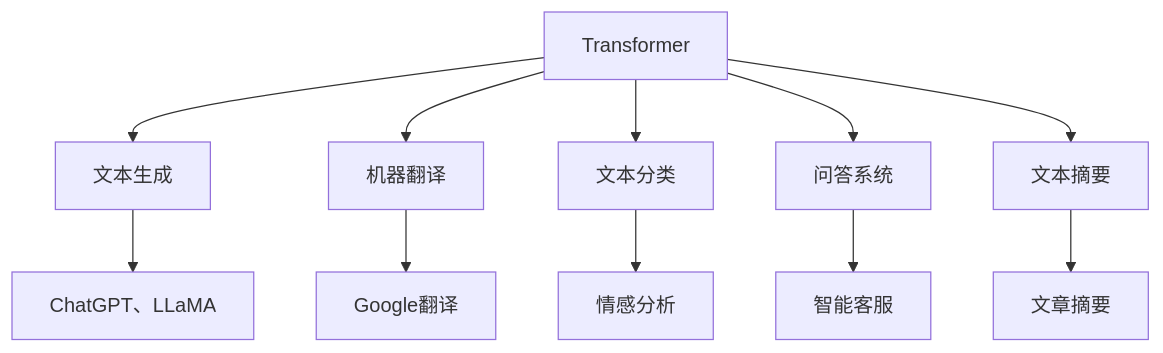
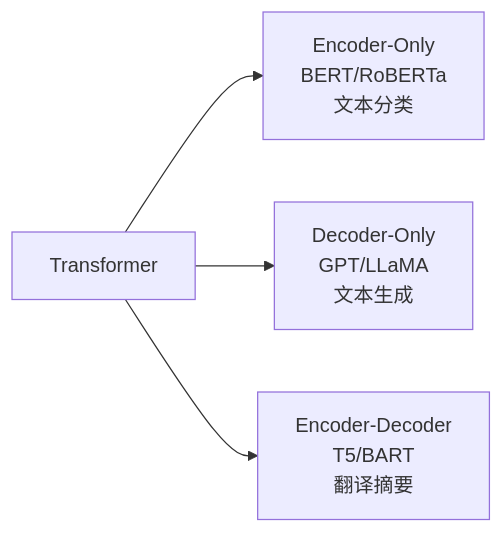
The fifth of 9 diagrams in 30-Resources/AI概念/01_Transformer.md (yulingfeng-rgb/obsidianDocuments), drawn with Mermaid before and after one commit. The commit also changed other lines of this file and 188 other files, not shown here.

````diff
--- a/30-Resources/AI概念/01_Transformer.md
+++ b/30-Resources/AI概念/01_Transformer.md
@@ -248,14 +182,6 @@
 ```mermaid
-graph TD
-    A[Transformer] --> B[文本生成]
-    A --> C[机器翻译]
-    A --> D[文本分类]
-    A --> E[问答系统]
-    A --> F[文本摘要]
-    
-    B --> B1[ChatGPT、LLaMA]
-    C --> C1[Google翻译]
-    D --> D1[情感分析]
-    E --> E1[智能客服]
-    F --> F1[文章摘要]
+graph LR
+    A[Transformer] --> B[Encoder-Only<br/>BERT/RoBERTa<br/>文本分类]
+    A --> C[Decoder-Only<br/>GPT/LLaMA<br/>文本生成]
+    A --> D[Encoder-Decoder<br/>T5/BART<br/>翻译摘要]
 ```
````
